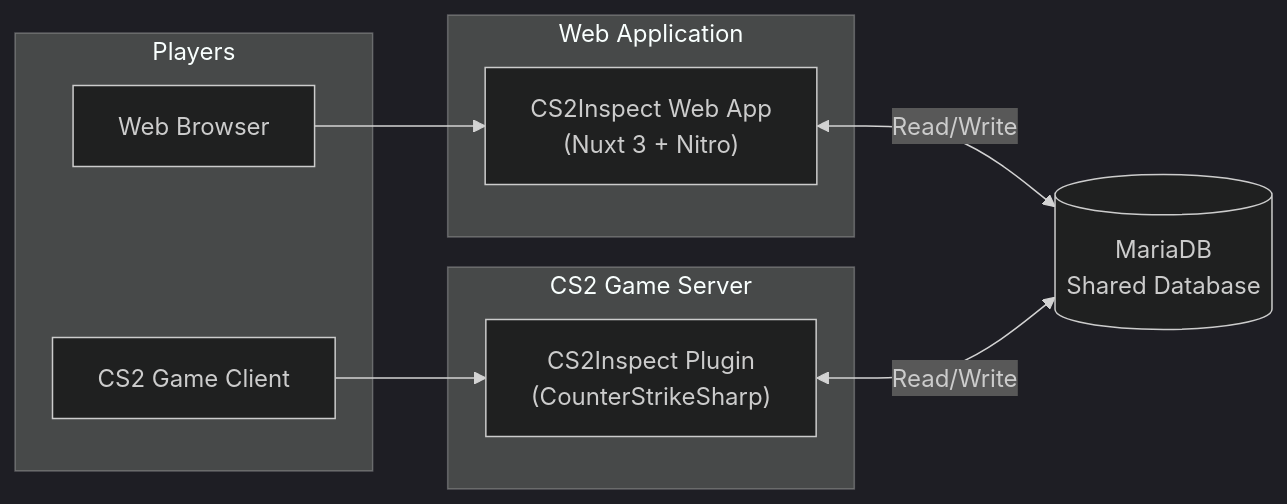
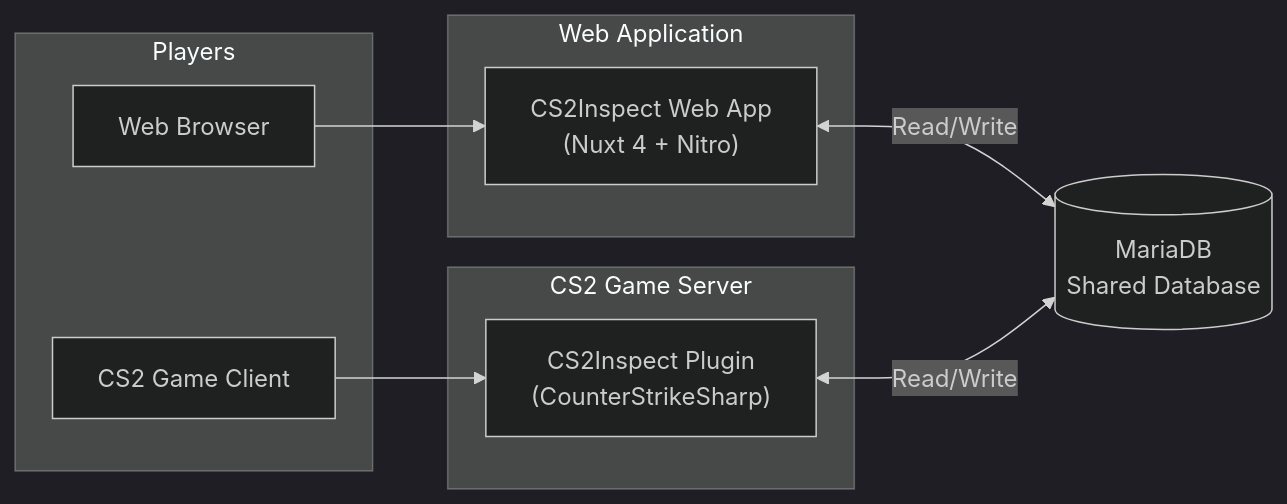
Before and after one commit to sak0a/cs2inspect-web: the first of 2 diagrams in services/docs-site/plugin/index.md, drawn with Mermaid (dark theme). The commit also changed 22 other files, not shown here.

````diff
--- a/services/docs-site/plugin/index.md
+++ b/services/docs-site/plugin/index.md
@@ -15,22 +15,22 @@
 ```mermaid
 graph LR
     subgraph "Players"
         Browser["Web Browser"]
         CS2["CS2 Game Client"]
     end
 
     subgraph "Web Application"
-        WebApp["CS2Inspect Web App<br/>(Nuxt 3 + Nitro)"]
+        WebApp["CS2Inspect Web App<br/>(Nuxt 4 + Nitro)"]
     end
 
     subgraph "CS2 Game Server"
         Plugin["CS2Inspect Plugin<br/>(CounterStrikeSharp)"]
     end
 
     DB[("MariaDB<br/>Shared Database")]
 
     Browser --> WebApp
     CS2 --> Plugin
     WebApp <-->|"Read/Write"| DB
     Plugin <-->|"Read/Write"| DB
 ```
````
